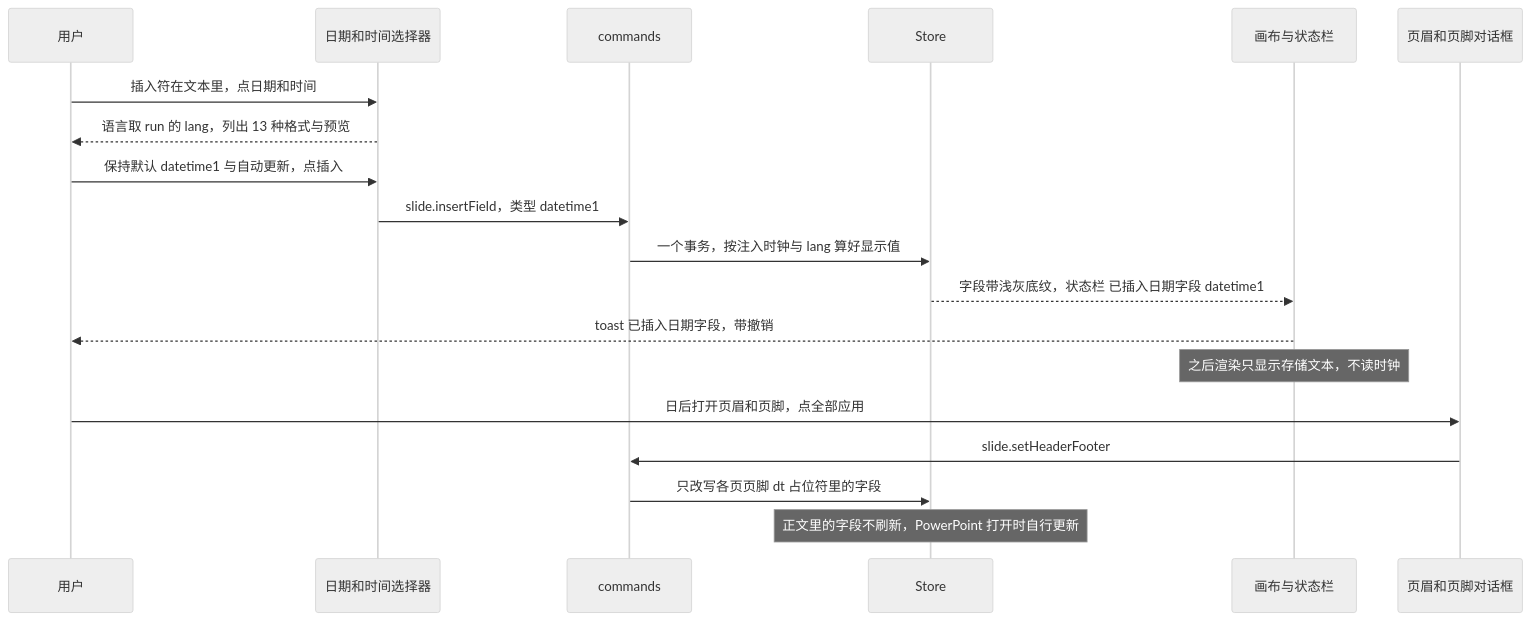
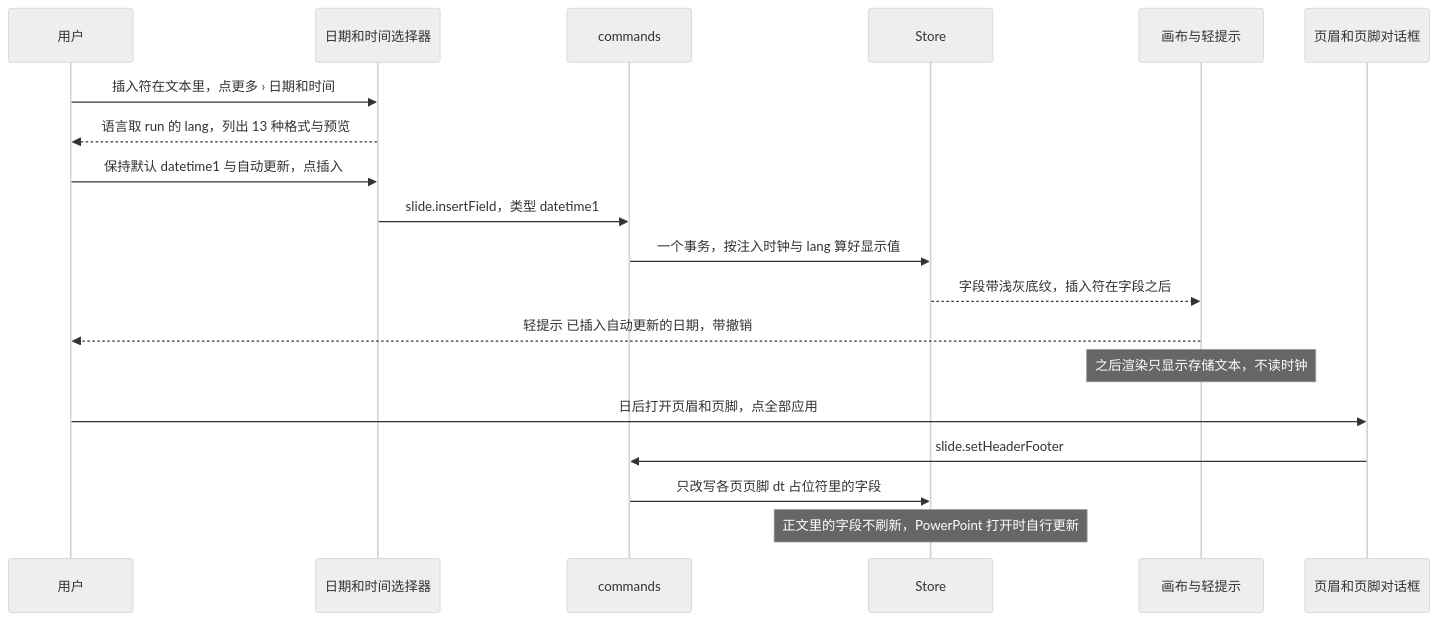
The sixth of 6 diagrams in docs/20-design/03-screens/16-text-editing-and-formatting.md (Xeonice/cordis-ppt-editor), drawn with Mermaid (neutral theme) before and after one commit. The commit also changed other lines of this file and 44 other files, not shown here.

````diff
--- a/docs/20-design/03-screens/16-text-editing-and-formatting.md
+++ b/docs/20-design/03-screens/16-text-editing-and-formatting.md
@@ -438,21 +648,21 @@
 ```mermaid
 sequenceDiagram
   participant user as 用户
   participant pick as 日期和时间选择器
   participant cmd as commands
   participant store as Store
-  participant view as 画布与状态栏
+  participant view as 画布与轻提示
   participant hf as 页眉和页脚对话框
-  user->>pick: 插入符在文本里，点日期和时间
+  user->>pick: 插入符在文本里，点更多 › 日期和时间
   pick-->>user: 语言取 run 的 lang，列出 13 种格式与预览
   user->>pick: 保持默认 datetime1 与自动更新，点插入
   pick->>cmd: slide.insertField，类型 datetime1
   cmd->>store: 一个事务，按注入时钟与 lang 算好显示值
-  store-->>view: 字段带浅灰底纹，状态栏 已插入日期字段 datetime1
-  view-->>user: toast 已插入日期字段，带撤销
+  store-->>view: 字段带浅灰底纹，插入符在字段之后
+  view-->>user: 轻提示 已插入自动更新的日期，带撤销
   Note over view: 之后渲染只显示存储文本，不读时钟
   user->>hf: 日后打开页眉和页脚，点全部应用
   hf->>cmd: slide.setHeaderFooter
   cmd->>store: 只改写各页页脚 dt 占位符里的字段
   Note over store: 正文里的字段不刷新，PowerPoint 打开时自行更新
 ```
````
